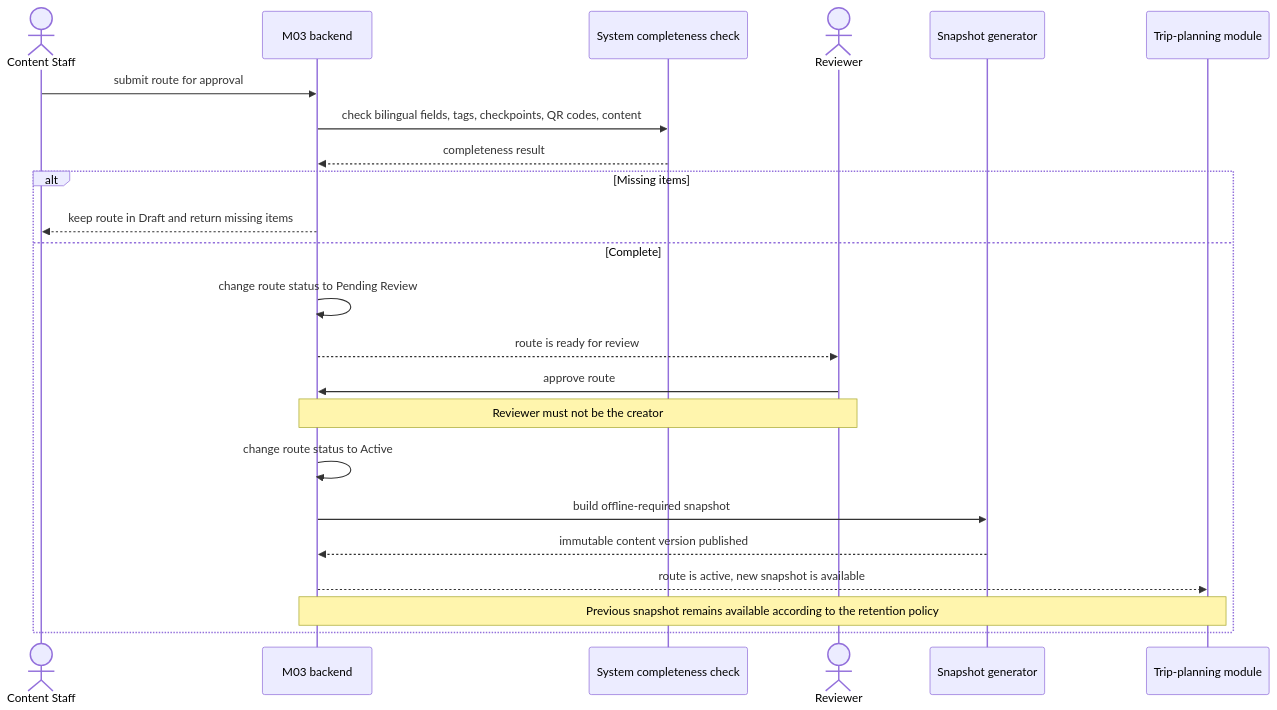
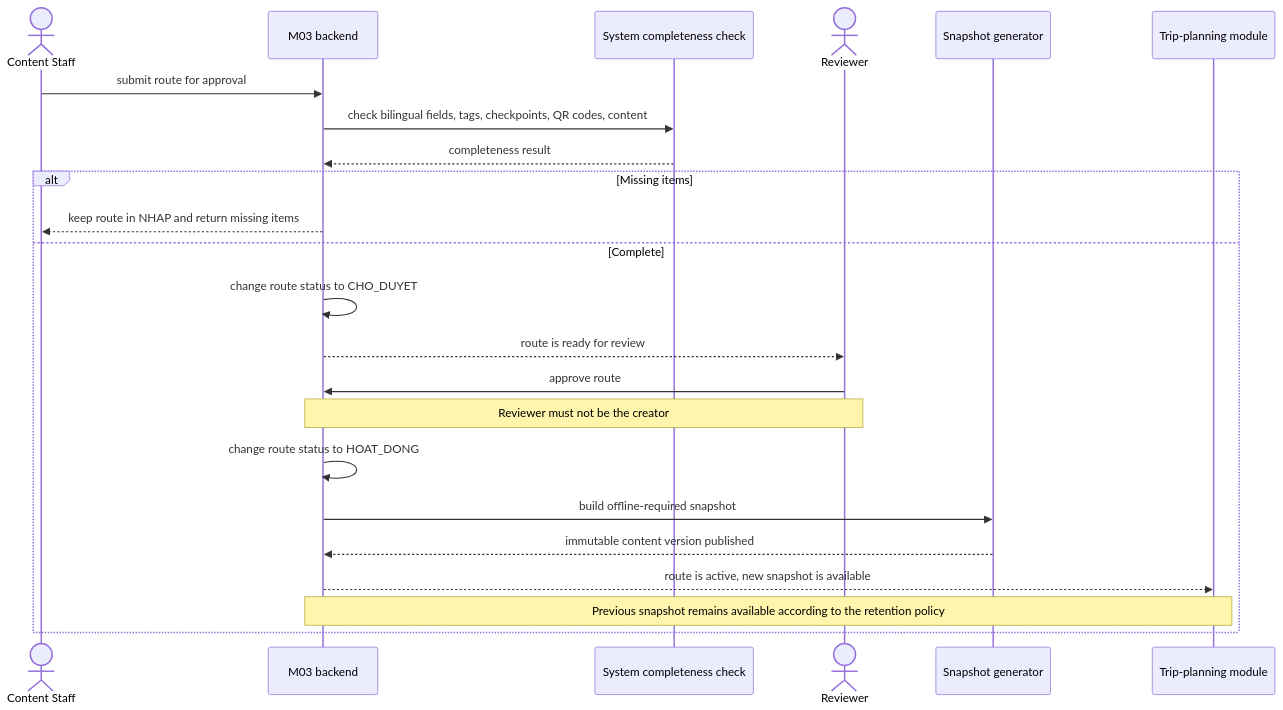
One commit to MckhueVanPhuc/Cuc-Phuong-digital-business changed the second of 2 diagrams in specs/spec-M03.md. Above: the diagram before and after it, drawn with Mermaid. The commit also changed other lines of this file and 16 other files, not shown here.

````diff
--- a/specs/spec-M03.md
+++ b/specs/spec-M03.md
@@ -161,30 +194,30 @@
 ```mermaid
 sequenceDiagram
     actor CS as Content Staff
     participant BE as M03 backend
     participant SYS as System completeness check
     actor RV as Reviewer
     participant SNAP as Snapshot generator
     participant M01 as Trip-planning module
 
     CS->>BE: submit route for approval
     BE->>SYS: check bilingual fields, tags, checkpoints, QR codes, content
     SYS-->>BE: completeness result
 
     alt Missing items
-        BE-->>CS: keep route in Draft and return missing items
+        BE-->>CS: keep route in NHAP and return missing items
     else Complete
-        BE->>BE: change route status to Pending Review
+        BE->>BE: change route status to CHO_DUYET
         BE-->>RV: route is ready for review
 
         RV->>BE: approve route
         Note over RV,BE: Reviewer must not be the creator
 
-        BE->>BE: change route status to Active
+        BE->>BE: change route status to HOAT_DONG
         BE->>SNAP: build offline-required snapshot
         SNAP-->>BE: immutable content version published
 
         BE-->>M01: route is active, new snapshot is available
         Note over BE,M01: Previous snapshot remains available according to the retention policy
     end
 ```
````
